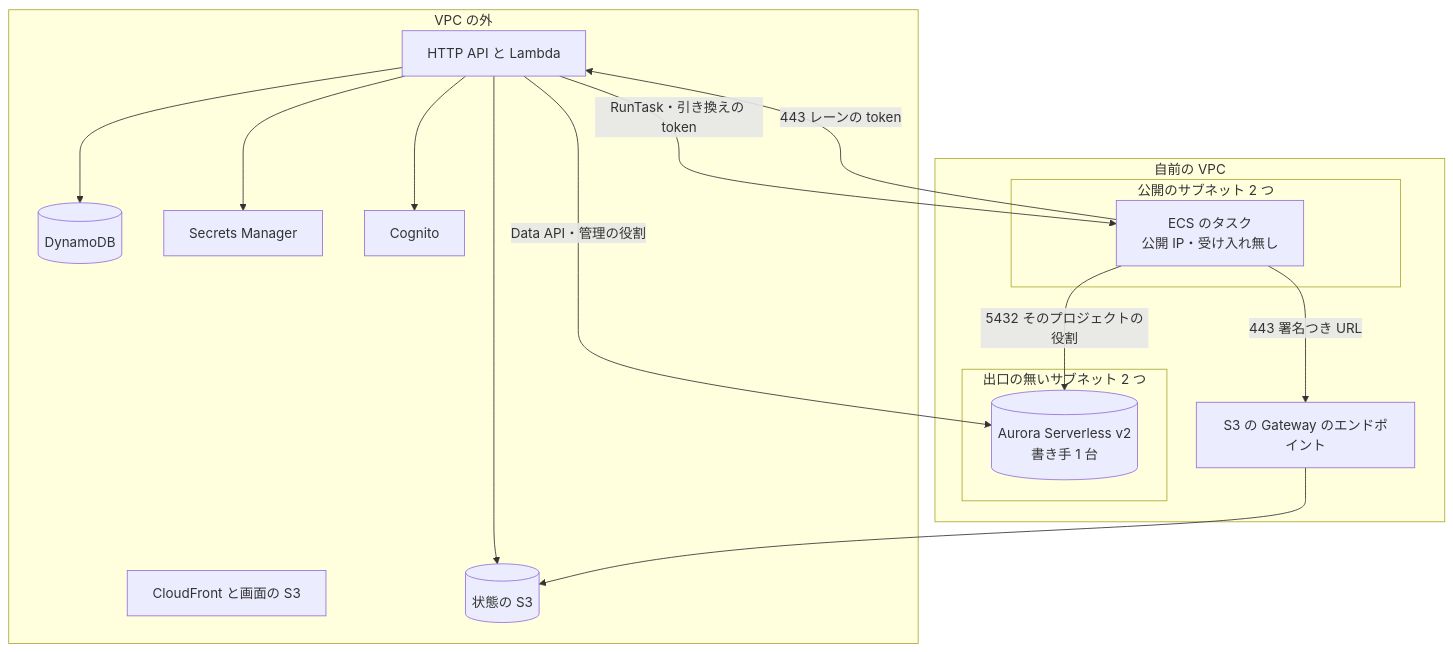
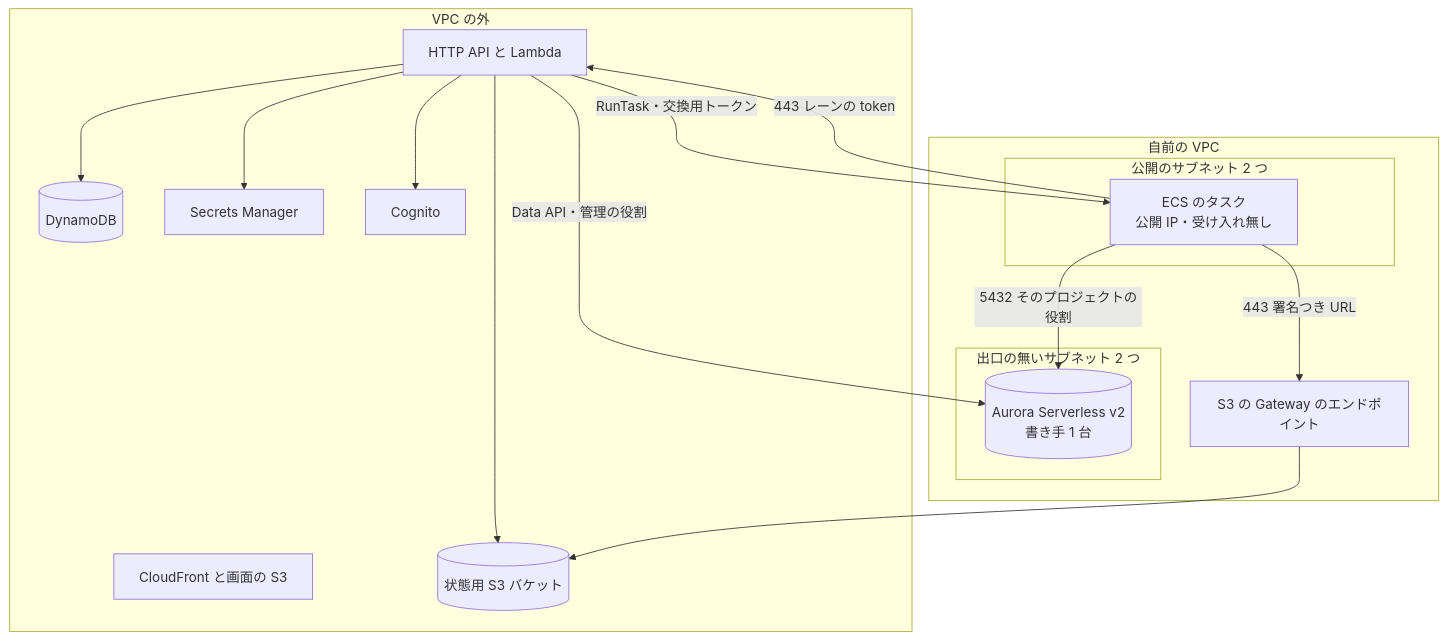
Before and after one commit to devbasex/nd-factory: the third of 3 diagrams in docs/design/platform.md, drawn with Mermaid. The commit also changed other lines of this file and 22 other files, not shown here.

````diff
--- a/docs/design/platform.md
+++ b/docs/design/platform.md
@@ -155,30 +155,30 @@
 ```mermaid
 graph TD
     subgraph OUT[VPC の外]
         CF[CloudFront と画面の S3]
         GW[HTTP API と Lambda]
         D[(DynamoDB)]
-        S[(状態の S3)]
+        S[(状態用 S3 バケット)]
         SM[Secrets Manager]
         CG[Cognito]
     end
     subgraph VPC[自前の VPC]
         subgraph PUB[公開のサブネット 2 つ]
             T["ECS のタスク<br/>公開 IP・受け入れ無し"]
         end
         subgraph PRIV[出口の無いサブネット 2 つ]
             A[("Aurora Serverless v2<br/>書き手 1 台")]
         end
         E[S3 の Gateway のエンドポイント]
     end
     GW --> D
     GW --> S
     GW --> SM
     GW --> CG
-    GW -->|RunTask・引き換えの token| T
+    GW -->|RunTask・交換用トークン| T
     GW -->|Data API・管理の役割| A
     T -->|443 レーンの token| GW
     T -->|5432 そのプロジェクトの役割| A
     T -->|443 署名つき URL| E
     E --> S
 ```
````
